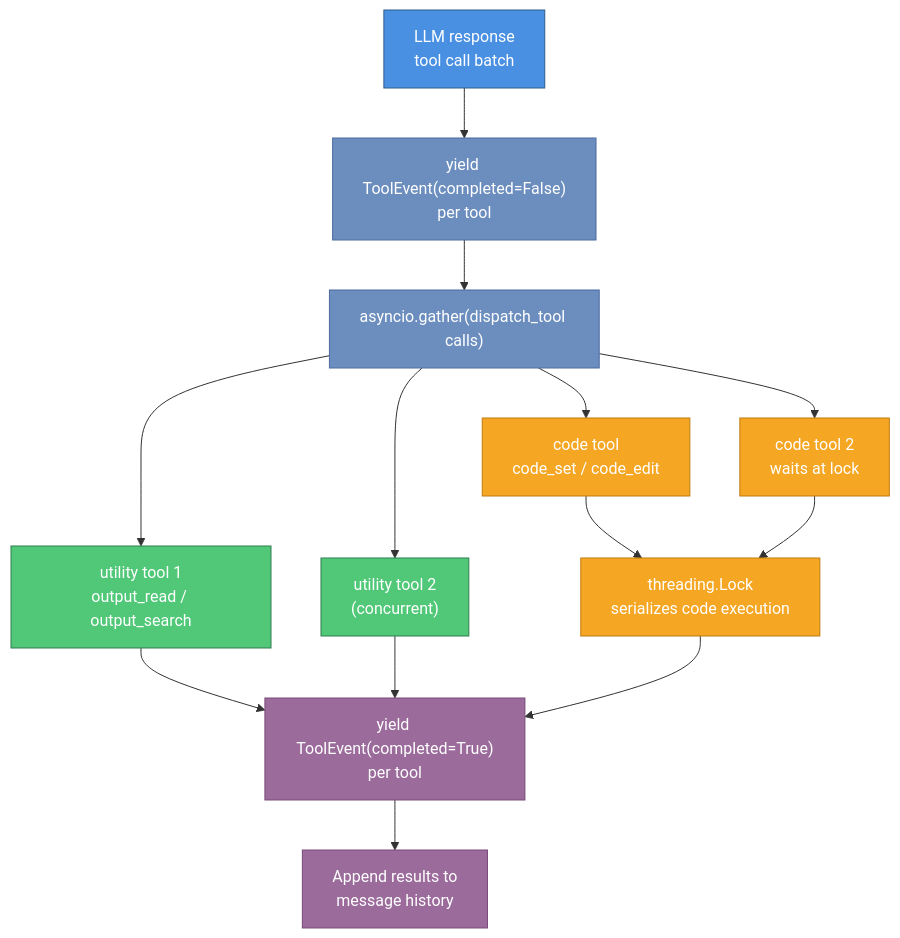
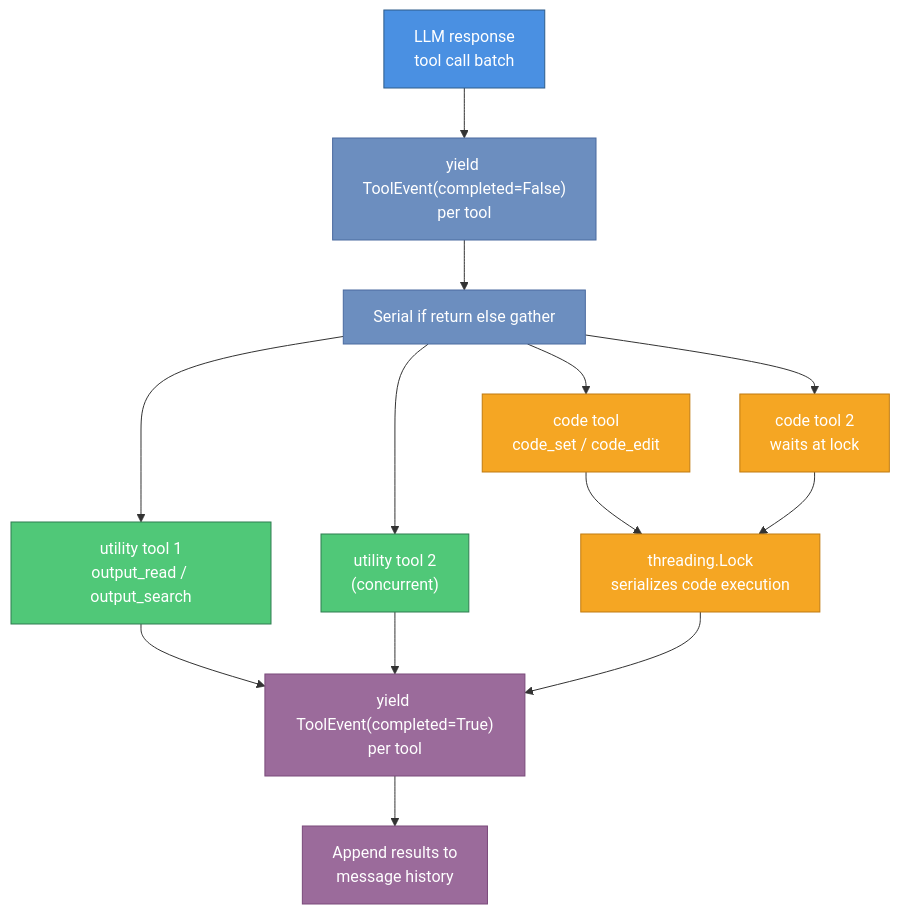
One commit to ockham-sh/parsimony-agents changed the second of 4 diagrams in docs/ARCHITECTURE.md. Above: the diagram before and after it, drawn with Mermaid. The commit also changed other lines of this file and 47 other files, not shown here.

````diff
--- a/docs/ARCHITECTURE.md
+++ b/docs/ARCHITECTURE.md
@@ -503,29 +501,29 @@
 ```mermaid
 graph TD
     classDef llm fill:#4A90E2,stroke:#2E5C8A,color:#fff
     classDef dispatch fill:#6C8EBF,stroke:#4A6A9F,color:#fff
     classDef parallel fill:#50C878,stroke:#2E7D50,color:#fff
     classDef serial fill:#F5A623,stroke:#C07B10,color:#fff
     classDef result fill:#9B6B9B,stroke:#7A4A7A,color:#fff
 
     A["LLM response\ntool call batch"]:::llm
     B["yield ToolEvent(completed=False)\nper tool"]:::dispatch
-    C["asyncio.gather(dispatch_tool calls)"]:::dispatch
+    C["Serial if return else gather"]:::dispatch
     D["utility tool 1\noutput_read / output_search"]:::parallel
     E["utility tool 2\n(concurrent)"]:::parallel
     F["code tool\ncode_set / code_edit"]:::serial
     G["threading.Lock\nserializes code execution"]:::serial
     H["code tool 2\nwaits at lock"]:::serial
     I["yield ToolEvent(completed=True)\nper tool"]:::result
     J["Append results to\nmessage history"]:::result
 
     A --> B --> C
     C --> D
     C --> E
     C --> F --> G
     C --> H --> G
     D --> I
     E --> I
     G --> I
     I --> J
 ```
````
